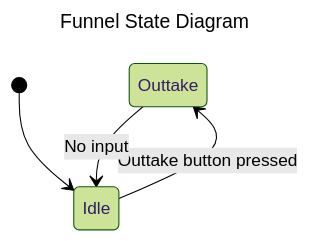
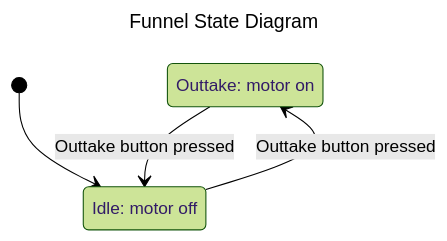
One commit to Tino-FRC-2473/FRC2025 changed the diagram in doc/FunnelFSM.md. Above: the diagram before and after it, drawn with Mermaid (forest theme). The commit also changed 3 other files, not shown here.

````diff
--- a/doc/FunnelFSM.md
+++ b/doc/FunnelFSM.md
@@ -3,12 +3,12 @@
 ```mermaid
 ---
 title: Funnel State Diagram
 ---
 stateDiagram-v2
-  state "Outtake" as OUTTAKE
-  state "Idle" as IDLE
+  state "Outtake: motor on" as OUTTAKE
+  state "Idle: motor off" as IDLE
 
   [*] --> IDLE
   IDLE --> OUTTAKE: Outtake button pressed
-  OUTTAKE --> IDLE: No input
+  OUTTAKE --> IDLE: Outtake button pressed
 ```
````
